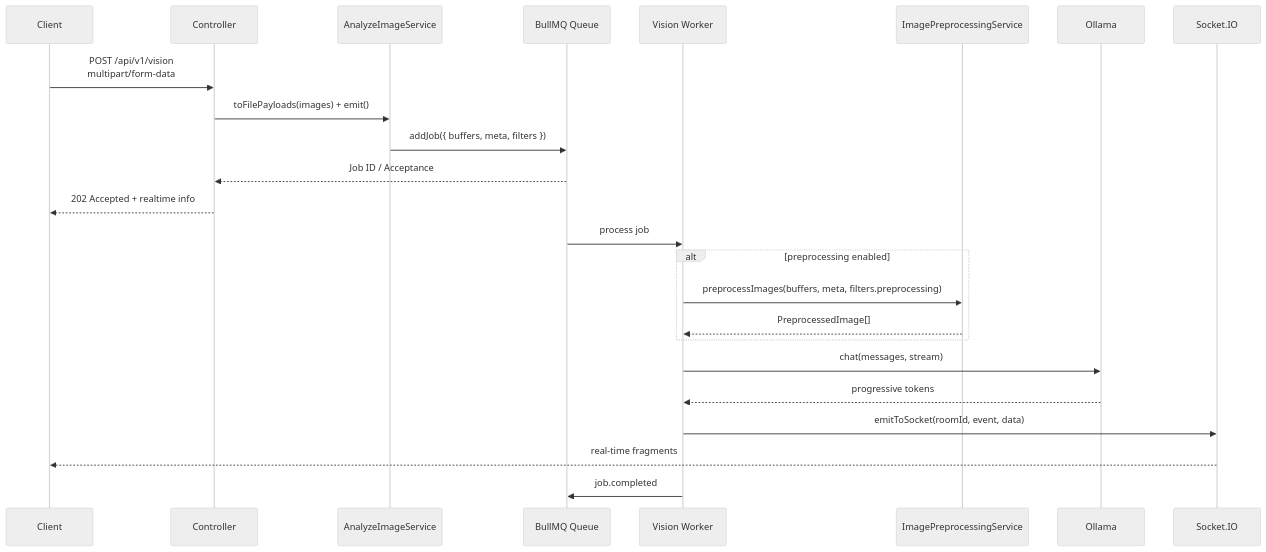
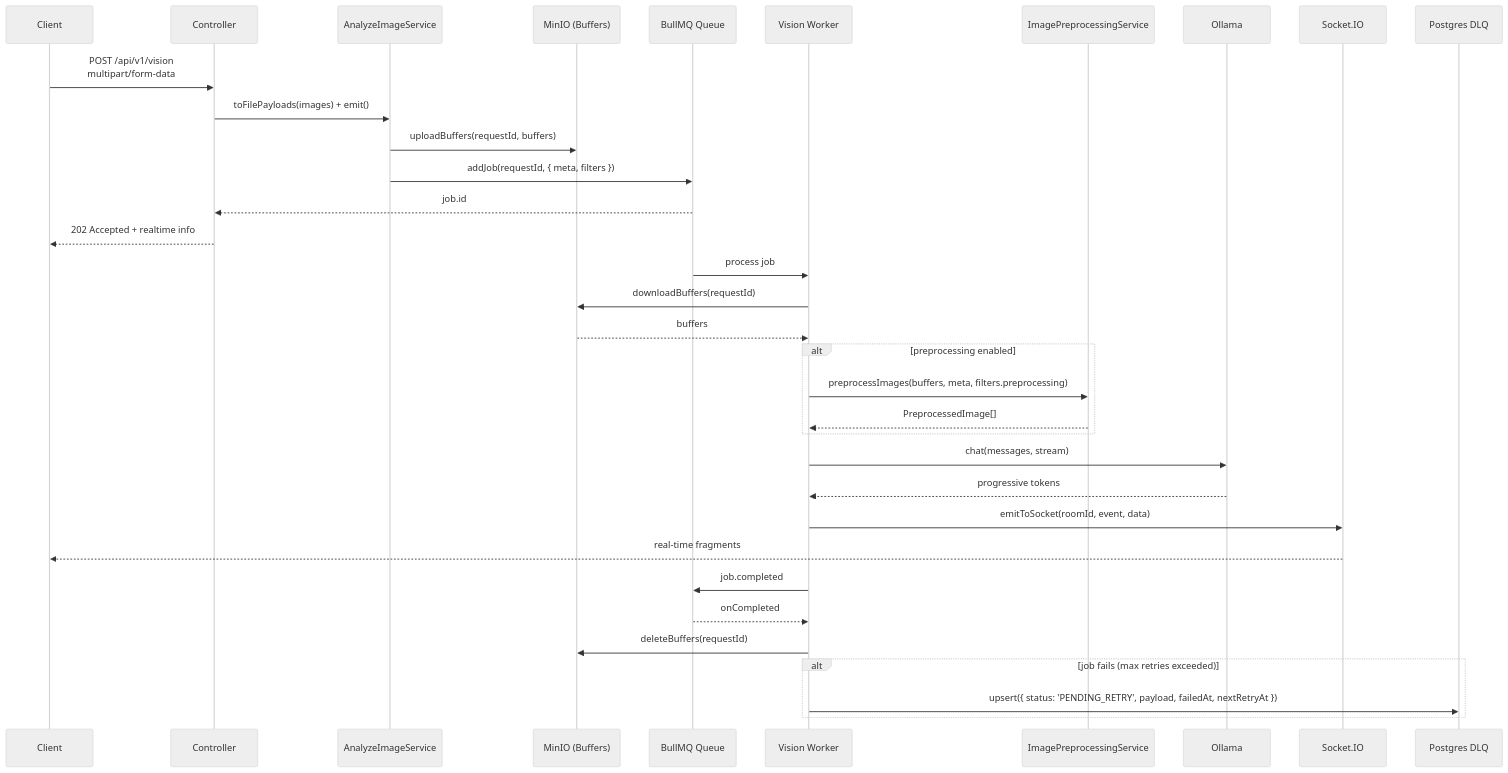
One commit to ehildt/ckir.io-visions changed the third of 3 diagrams in .wiki/1-server.md. Above: the diagram before and after it, drawn with Mermaid (neutral theme). The commit also changed other lines of this file and 103 other files, not shown here.

````diff
--- a/.wiki/1-server.md
+++ b/.wiki/1-server.md
@@ -147,28 +163,39 @@
 ```mermaid
 sequenceDiagram
     participant Client
     participant Controller
     participant Service as AnalyzeImageService
+    participant MinIO as MinIO (Buffers)
     participant Queue as BullMQ Queue
     participant Worker as Vision Worker
     participant Preproc as ImagePreprocessingService
     participant Ollama
     participant Socket as Socket.IO
+    participant DLQ as Postgres DLQ
 
     Client->>Controller: POST /api/v1/vision<br/>multipart/form-data
     Controller->>Service: toFilePayloads(images) + emit()
-    Service->>Queue: addJob({ buffers, meta, filters })
-    Queue-->>Controller: Job ID / Acceptance
+    Service->>MinIO: uploadBuffers(requestId, buffers)
+    Service->>Queue: addJob(requestId, { meta, filters })
+    Queue-->>Controller: job.id
     Controller-->>Client: 202 Accepted + realtime info
 
     Queue->>Worker: process job
+    Worker->>MinIO: downloadBuffers(requestId)
+    MinIO-->>Worker: buffers
     alt preprocessing enabled
         Worker->>Preproc: preprocessImages(buffers, meta, filters.preprocessing)
         Preproc-->>Worker: PreprocessedImage[]
     end
     Worker->>Ollama: chat(messages, stream)
     Ollama-->>Worker: progressive tokens
     Worker->>Socket: emitToSocket(roomId, event, data)
     Socket-->>Client: real-time fragments
     Worker->>Queue: job.completed
+    Queue-->>Worker: onCompleted
+    Worker->>MinIO: deleteBuffers(requestId)
+
+    alt job fails (max retries exceeded)
+        Worker->>DLQ: upsert({ status: 'PENDING_RETRY', payload, failedAt, nextRetryAt })
+    end
 ```
````
